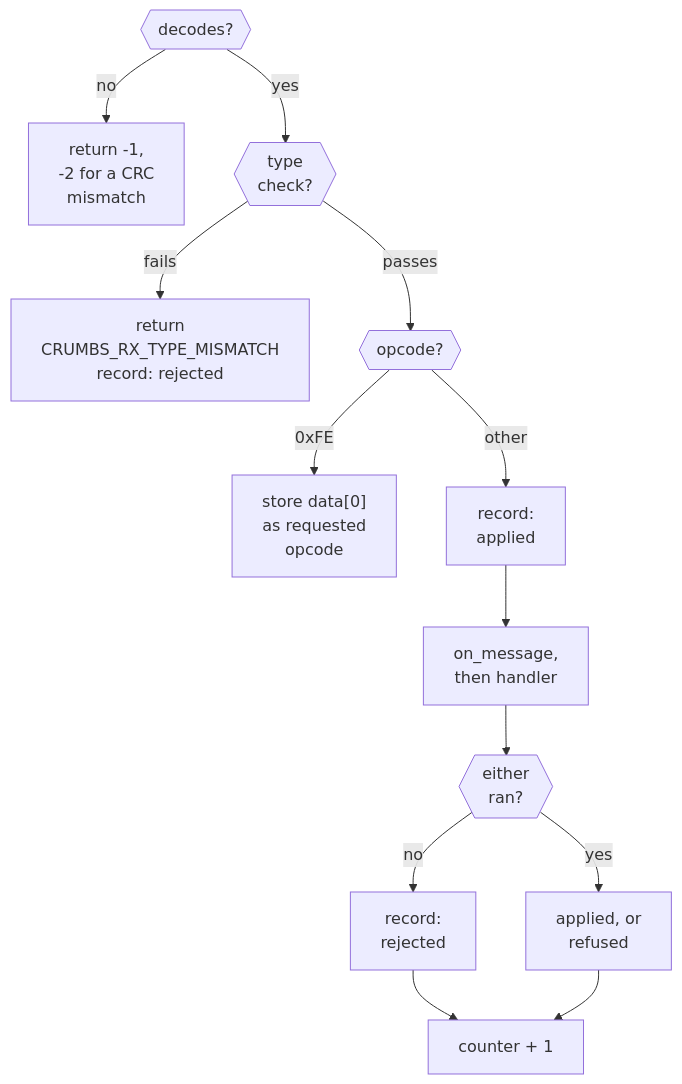
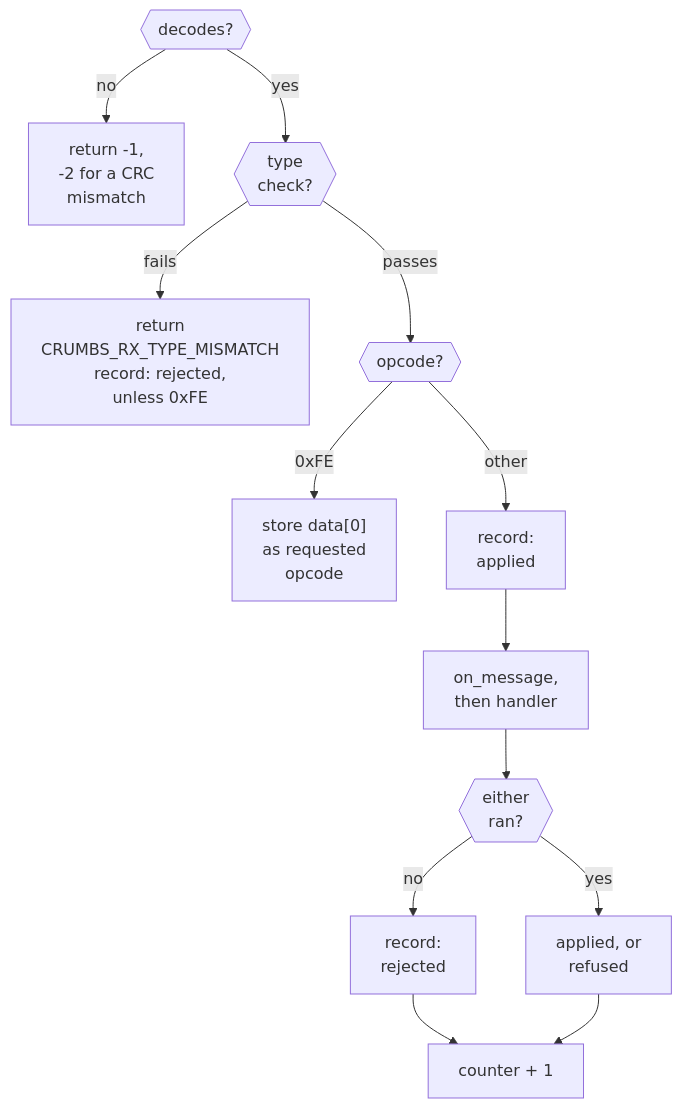
One commit to feastorg/CRUMBS changed the first of 5 diagrams in docs/architecture.md. Above: the diagram before and after it, drawn with Mermaid. The commit also changed other lines of this file and 2 other files, not shown here.

````diff
--- a/docs/architecture.md
+++ b/docs/architecture.md
@@ -73,15 +73,15 @@
 ```mermaid
 flowchart TD
     B{{"decodes?"}} -- no --> X1["return -1,<br/>-2 for a CRC<br/>mismatch"]
     B -- yes --> C{{"type<br/>check?"}}
-    C -- fails --> X3["return<br/>CRUMBS_RX_TYPE_MISMATCH<br/>record: rejected"]
+    C -- fails --> X3["return<br/>CRUMBS_RX_TYPE_MISMATCH<br/>record: rejected,<br/>unless 0xFE"]
     C -- passes --> D{{"opcode?"}}
     D -- "0xFE" --> X4["store data[0]<br/>as requested<br/>opcode"]
     D -- other --> E["record:<br/>applied"]
     E --> F["on_message,<br/>then handler"]
     F --> H{{"either<br/>ran?"}}
     H -- no --> I["record:<br/>rejected"]
     H -- yes --> J["applied, or<br/>refused"]
     I --> K["counter + 1"]
     J --> K
 ```
````
